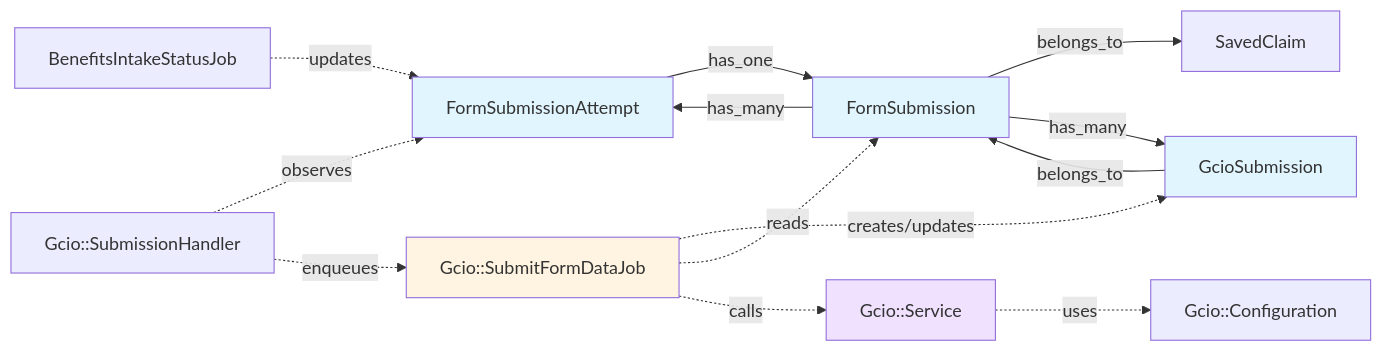
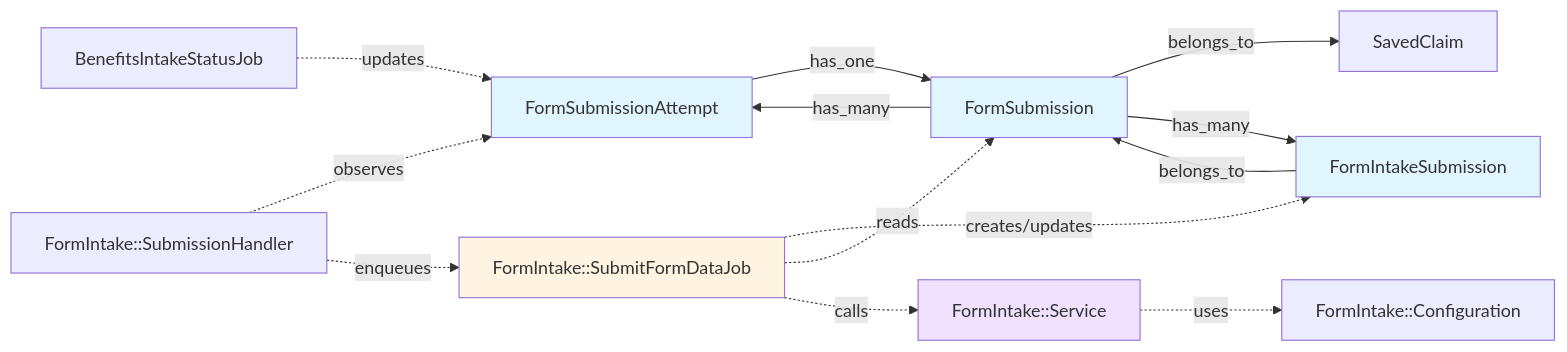
One commit to department-of-veterans-affairs/vets-api changed the seventh of 7 diagrams in docs/architecture/gcio-integration/c4-diagrams.md. Above: the diagram before and after it, drawn with Mermaid. The commit also changed other lines of this file and 4 other files, not shown here.

````diff
--- a/docs/architecture/gcio-integration/c4-diagrams.md
+++ b/docs/architecture/gcio-integration/c4-diagrams.md
@@ -260,22 +268,22 @@
 ```mermaid
 graph LR
     A[FormSubmissionAttempt] -->|has_one| B[FormSubmission]
     B -->|has_many| A
     B -->|belongs_to| C[SavedClaim]
-    B -->|has_many| D[GcioSubmission]
+    B -->|has_many| D[FormIntakeSubmission]
     D -->|belongs_to| B
     
     E[BenefitsIntakeStatusJob] -.->|updates| A
-    F[Gcio::SubmissionHandler] -.->|observes| A
-    F -.->|enqueues| G[Gcio::SubmitFormDataJob]
+    F[FormIntake::SubmissionHandler] -.->|observes| A
+    F -.->|enqueues| G[FormIntake::SubmitFormDataJob]
     G -.->|creates/updates| D
     G -.->|reads| B
-    G -.->|calls| H[Gcio::Service]
-    H -.->|uses| I[Gcio::Configuration]
+    G -.->|calls| H[FormIntake::Service]
+    H -.->|uses| I[FormIntake::Configuration]
     
     style A fill:#e1f5ff
     style B fill:#e1f5ff
     style D fill:#e1f5ff
     style G fill:#fff4e1
     style H fill:#f0e1ff
 ```
````
